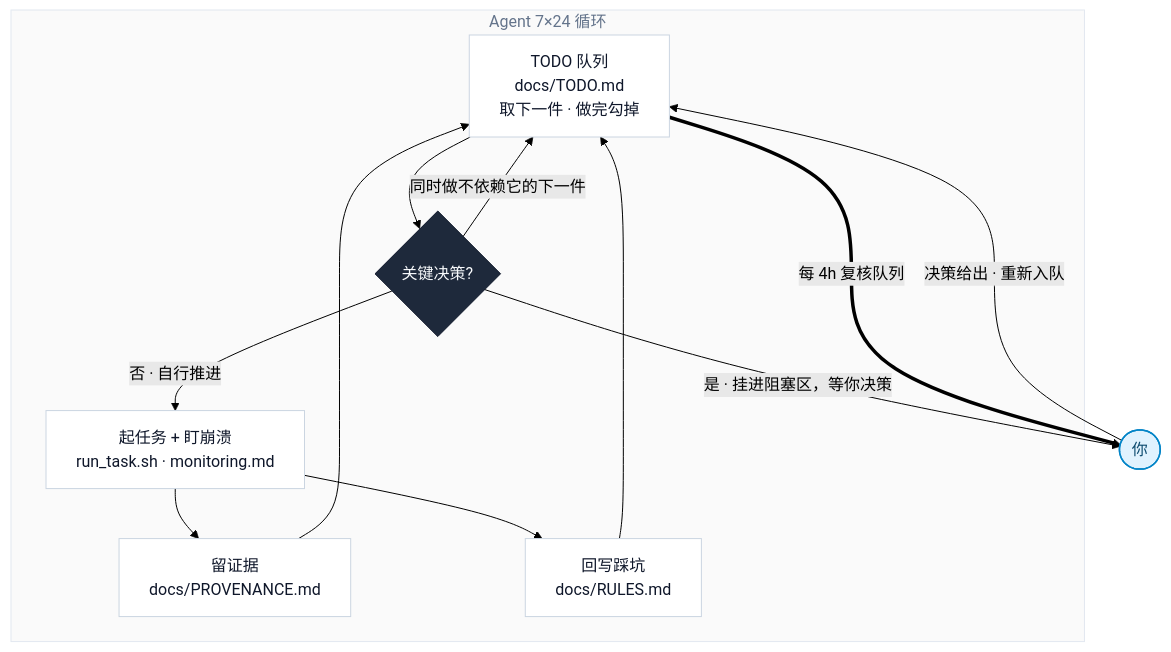
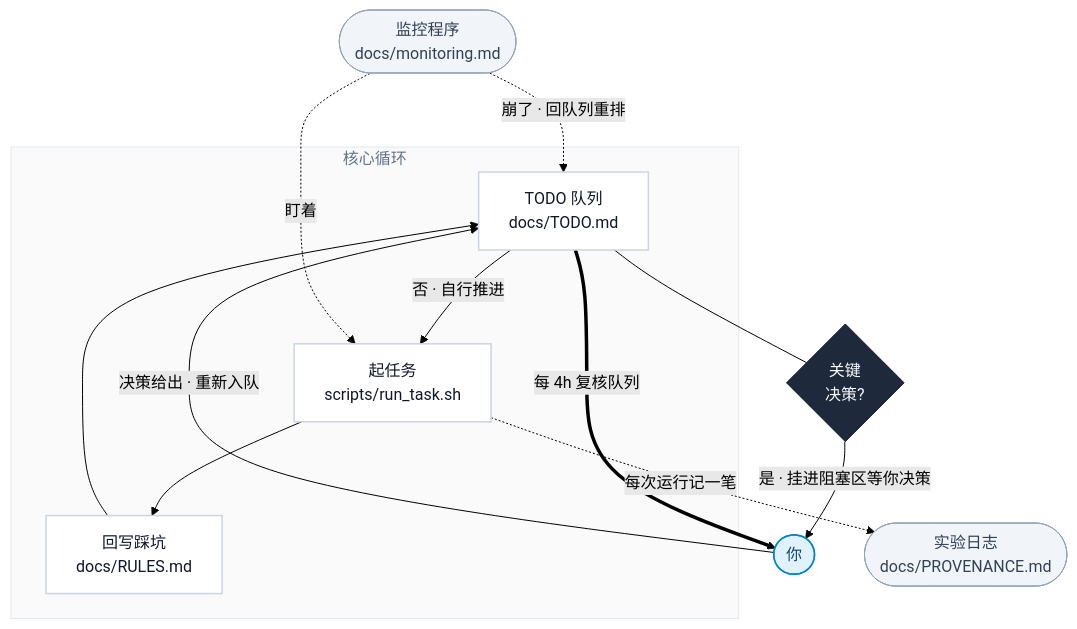
Before and after one commit to hashiruu/agent-experiment: the diagram in README.md, drawn with Mermaid (forest theme). The commit also changed 1 other file, not shown here.

Commit message:
Three-node core loop, monitor and log as external components

````diff
--- a/README.md
+++ b/README.md
@@ -22,28 +22,30 @@
 ```mermaid
 flowchart TB
-    subgraph LOOP["Agent 7×24 循环"]
-        Q["TODO 队列<br/>docs/TODO.md<br/>取下一件 · 做完勾掉"]
-        D{"关键决策?"}
-        T2["起任务 + 盯崩溃<br/>run_task.sh · monitoring.md"]
-        PV["留证据<br/>docs/PROVENANCE.md"]
-        RL["回写踩坑<br/>docs/RULES.md"]
-        Q --> D
-        D -->|"否 · 自行推进"| T2
-        T2 --> PV
-        T2 --> RL
-        PV --> Q
-        RL --> Q
-        D -->|"同时做不依赖它的下一件"| Q
+    subgraph CORE["核心循环"]
+        Q["TODO 队列<br/>docs/TODO.md"]
+        T["起任务<br/>scripts/run_task.sh"]
+        R["回写踩坑<br/>docs/RULES.md"]
+        Q -->|"否 · 自行推进"| T
+        T --> R
+        R --> Q
     end
-    D -->|"是 · 挂进阻塞区，等你决策"| HU(["你"])
+
+    Q --- D{"关键<br/>决策?"}
+    D -->|"是 · 挂进阻塞区等你决策"| HU(["你"])
     HU -->|"决策给出 · 重新入队"| Q
     Q ==>|"每 4h 复核队列"| HU
 
-    classDef step fill:#FFFFFF,stroke:#CBD5E1,stroke-width:1px,color:#0F172A
-    classDef gate fill:#1E293B,stroke:#0F172A,stroke-width:1px,color:#F8FAFC
+    T -.->|"每次运行记一笔"| PV(["实验日志<br/>docs/PROVENANCE.md"])
+    MO(["监控程序<br/>docs/monitoring.md"]) -.->|"盯着"| T
+    MO -.->|"崩了 · 回队列重排"| Q
+
+    classDef step fill:#FFFFFF,stroke:#CBD5E1,stroke-width:1.5px,color:#0F172A
+    classDef gate fill:#1E293B,stroke:#0F172A,color:#F8FAFC
+    classDef ext fill:#F1F5F9,stroke:#94A3B8,color:#334155
     classDef human fill:#E0F2FE,stroke:#0284C7,stroke-width:1.5px,color:#0C4A6E
-    class Q,T2,PV,RL step
+    class Q,T,R step
     class D gate
+    class MO,PV ext
     class HU human
-    style LOOP fill:#FAFAFA,stroke:#E2E8F0,color:#64748B
+    style CORE fill:#FAFAFA,stroke:#E2E8F0,color:#64748B
 ```
````
